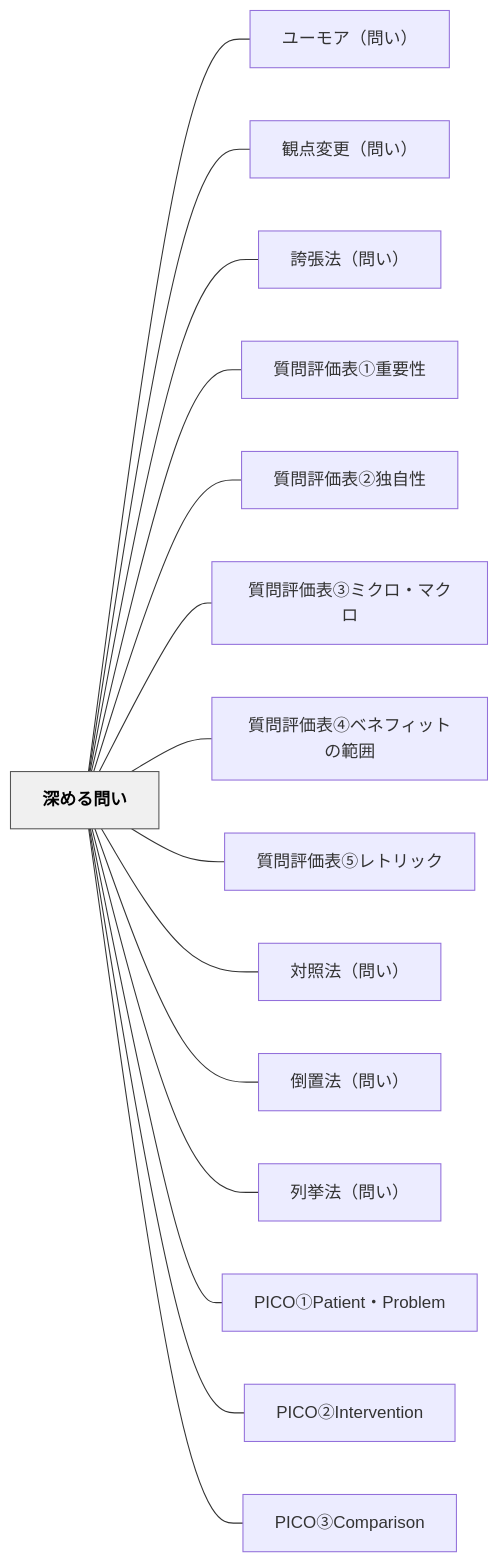
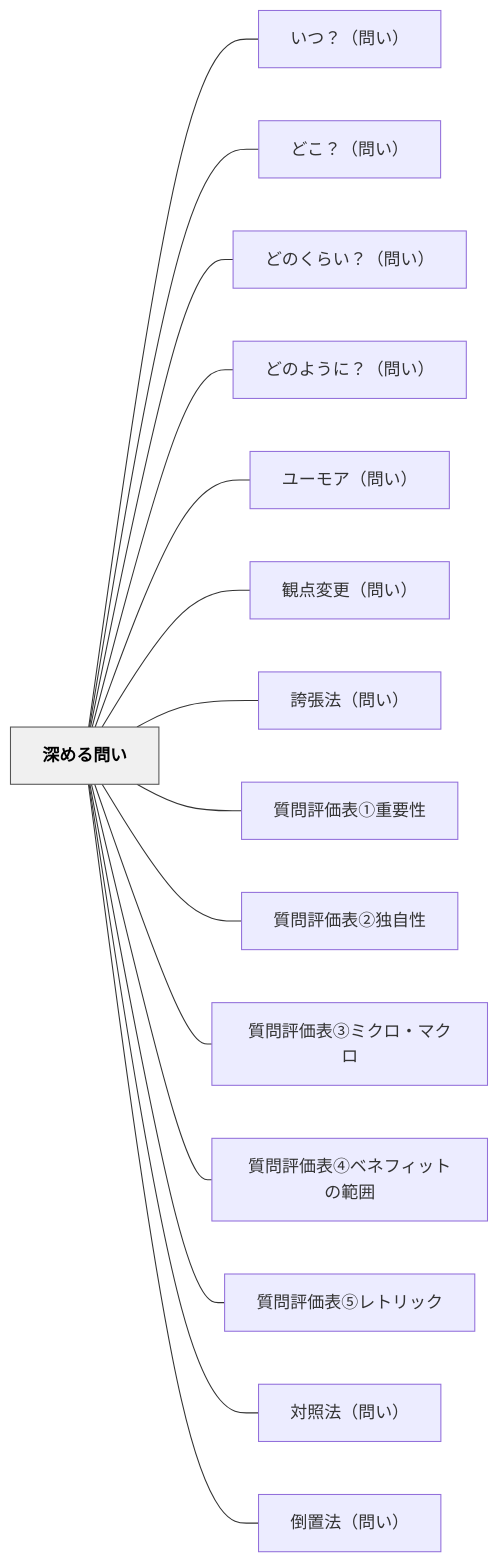
The diagram in content/パタン/深める問い.md (unknownthings-ed-patterns/unknownthings-ed-patterns), drawn with Mermaid before and after one commit. The commit also changed other lines of this file and 36 other files, not shown here.

````diff
--- a/content/パタン/深める問い.md
+++ b/content/パタン/深める問い.md
@@ -77,36 +81,36 @@
 ```mermaid
 flowchart LR
     ne6b7b1e38281e3828be5958fe38184["深める問い"]
+    ne38184e381a4efbc9fefbc88e5958fe38184efbc89["いつ？（問い）"]
+    ne381a9e38193efbc9fefbc88e5958fe38184efbc89["どこ？（問い）"]
+    ne381a9e381aee3818fe38289e38184efbc9fefbc88e5958fe38184efbc89["どのくらい？（問い）"]
+    ne381a9e381aee38288e38186e381abefbc9fefbc88e5958fe38184efbc89["どのように？（問い）"]
     ne383a6e383bce383a2e382a2efbc88e5958fe38184efbc89["ユーモア（問い）"]
     ne8a6b3e782b9e5a489e69bb4efbc88e5958fe38184efbc89["観点変更（問い）"]
     ne8aa87e5bcb5e6b395efbc88e5958fe38184efbc89["誇張法（問い）"]
     ne8b3aae5958fe8a995e4bea1e8a1a8e291a0e9878de8a681e680a7["質問評価表①重要性"]
     ne8b3aae5958fe8a995e4bea1e8a1a8e291a1e78bace887aae680a7["質問評価表②独自性"]
     ne8b3aae5958fe8a995e4bea1e8a1a8e291a2e3839fe382afe383ade383bbe3839ee382afe383ad["質問評価表③ミクロ・マクロ"]
     ne8b3aae5958fe8a995e4bea1e8a1a8e291a3e38399e3838de38395e382a3e38383e38388e381aee7af84e59bb2["質問評価表④ベネフィットの範囲"]
     ne8b3aae5958fe8a995e4bea1e8a1a8e291a4e383ace38388e383aae38383e382af["質問評価表⑤レトリック"]
     ne5afbee785a7e6b395efbc88e5958fe38184efbc89["対照法（問い）"]
     ne58092e7bdaee6b395efbc88e5958fe38184efbc89["倒置法（問い）"]
-    ne58897e68c99e6b395efbc88e5958fe38184efbc89["列挙法（問い）"]
-    n5049434fe291a050617469656e74e383bb50726f626c656d["PICO①Patient・Problem"]
-    n5049434fe291a1496e74657276656e74696f6e["PICO②Intervention"]
-    n5049434fe291a2436f6d70617269736f6e["PICO③Comparison"]
 
+    ne6b7b1e38281e3828be5958fe38184 --- ne38184e381a4efbc9fefbc88e5958fe38184efbc89
+    ne6b7b1e38281e3828be5958fe38184 --- ne381a9e38193efbc9fefbc88e5958fe38184efbc89
+    ne6b7b1e38281e3828be5958fe38184 --- ne381a9e381aee3818fe38289e38184efbc9fefbc88e5958fe38184efbc89
+    ne6b7b1e38281e3828be5958fe38184 --- ne381a9e381aee38288e38186e381abefbc9fefbc88e5958fe38184efbc89
     ne6b7b1e38281e3828be5958fe38184 --- ne383a6e383bce383a2e382a2efbc88e5958fe38184efbc89
     ne6b7b1e38281e3828be5958fe38184 --- ne8a6b3e782b9e5a489e69bb4efbc88e5958fe38184efbc89
     ne6b7b1e38281e3828be5958fe38184 --- ne8aa87e5bcb5e6b395efbc88e5958fe38184efbc89
     ne6b7b1e38281e3828be5958fe38184 --- ne8b3aae5958fe8a995e4bea1e8a1a8e291a0e9878de8a681e680a7
     ne6b7b1e38281e3828be5958fe38184 --- ne8b3aae5958fe8a995e4bea1e8a1a8e291a1e78bace887aae680a7
     ne6b7b1e38281e3828be5958fe38184 --- ne8b3aae5958fe8a995e4bea1e8a1a8e291a2e3839fe382afe383ade383bbe3839ee382afe383ad
     ne6b7b1e38281e3828be5958fe38184 --- ne8b3aae5958fe8a995e4bea1e8a1a8e291a3e38399e3838de38395e382a3e38383e38388e381aee7af84e59bb2
     ne6b7b1e38281e3828be5958fe38184 --- ne8b3aae5958fe8a995e4bea1e8a1a8e291a4e383ace38388e383aae38383e382af
     ne6b7b1e38281e3828be5958fe38184 --- ne5afbee785a7e6b395efbc88e5958fe38184efbc89
     ne6b7b1e38281e3828be5958fe38184 --- ne58092e7bdaee6b395efbc88e5958fe38184efbc89
-    ne6b7b1e38281e3828be5958fe38184 --- ne58897e68c99e6b395efbc88e5958fe38184efbc89
-    ne6b7b1e38281e3828be5958fe38184 --- n5049434fe291a050617469656e74e383bb50726f626c656d
-    ne6b7b1e38281e3828be5958fe38184 --- n5049434fe291a1496e74657276656e74696f6e
-    ne6b7b1e38281e3828be5958fe38184 --- n5049434fe291a2436f6d70617269736f6e
 
     classDef hub fill:#f0f0f0,stroke:#555,color:#000,font-weight:bold
     class ne6b7b1e38281e3828be5958fe38184 hub
 ```
````
